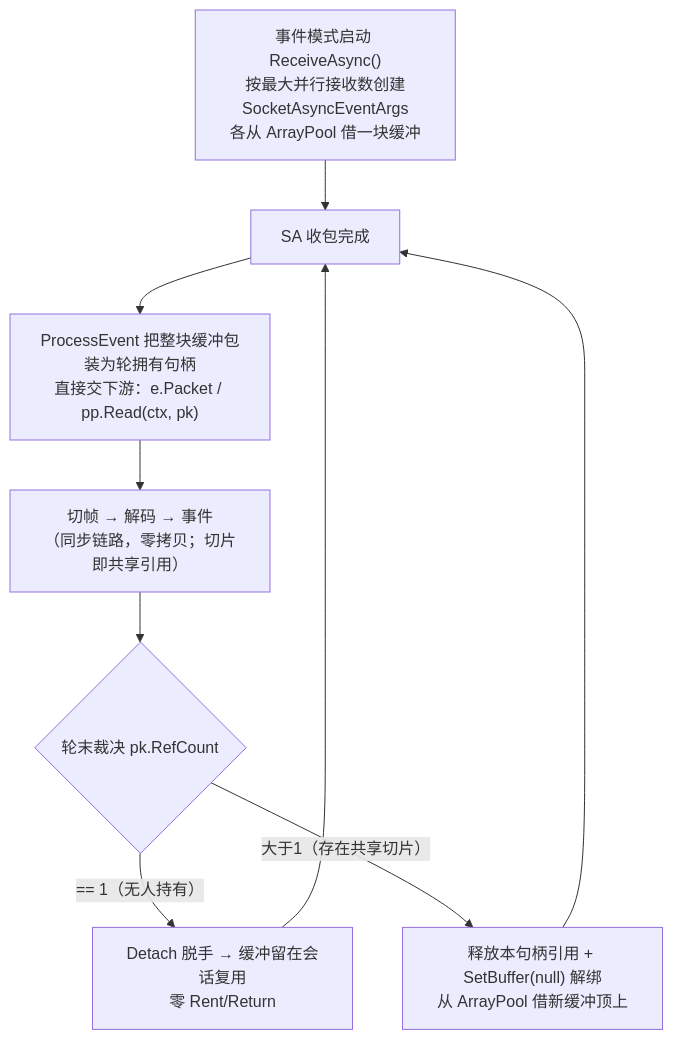
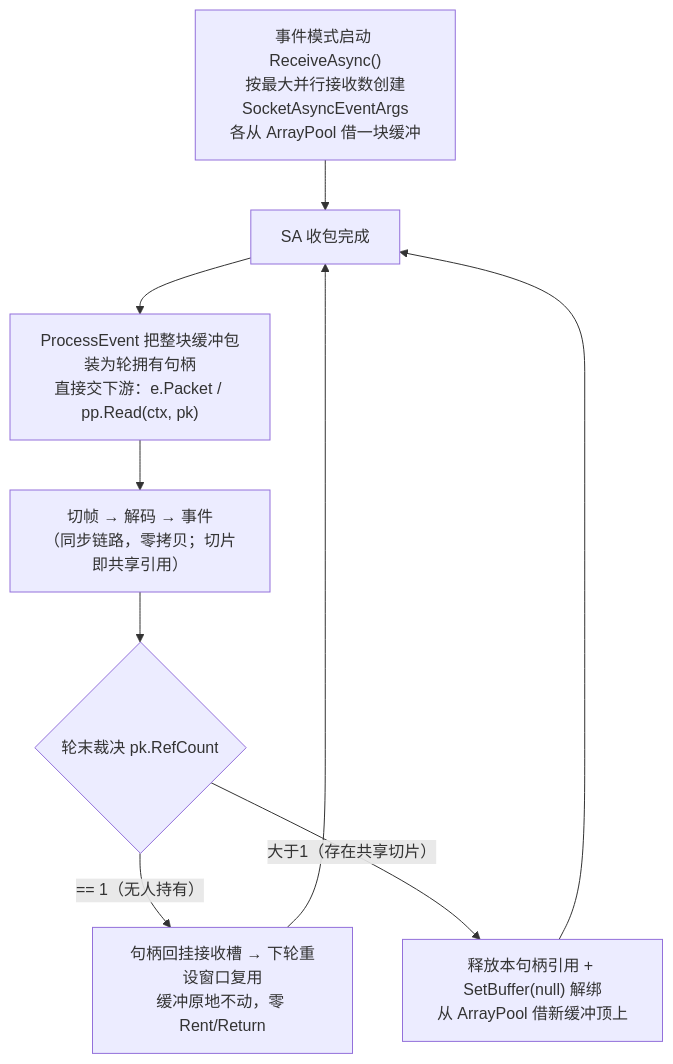
One commit to NewLifeX/X changed the first of 2 diagrams in Doc/网络缓冲所有权架构.md. Above: the diagram before and after it, drawn with Mermaid. The commit also changed other lines of this file and 5 other files, not shown here.

````diff
--- a/Doc/网络缓冲所有权架构.md
+++ b/Doc/网络缓冲所有权架构.md
@@ -29,11 +29,11 @@
 ```mermaid
 flowchart TD
     A["事件模式启动 ReceiveAsync()<br/>按最大并行接收数创建<br/>SocketAsyncEventArgs<br/>各从 ArrayPool 借一块缓冲"] --> B[SA 收包完成]
     B --> C["ProcessEvent 把整块缓冲包装为轮拥有句柄<br/>直接交下游：e.Packet / pp.Read(ctx, pk)"]
     C --> D["切帧 → 解码 → 事件<br/>（同步链路，零拷贝；切片即共享引用）"]
     D --> E{"轮末裁决 pk.RefCount"}
-    E -- "== 1（无人持有）" --> F["Detach 脱手 → 缓冲留在会话复用<br/>零 Rent/Return"]
+    E -- "== 1（无人持有）" --> F["句柄回挂接收槽 → 下轮重设窗口复用<br/>缓冲原地不动，零 Rent/Return"]
     E -- "大于1（存在共享切片）" --> G["释放本句柄引用 + SetBuffer(null) 解绑<br/>从 ArrayPool 借新缓冲顶上"]
     F --> B
     G --> B
 ```
````
